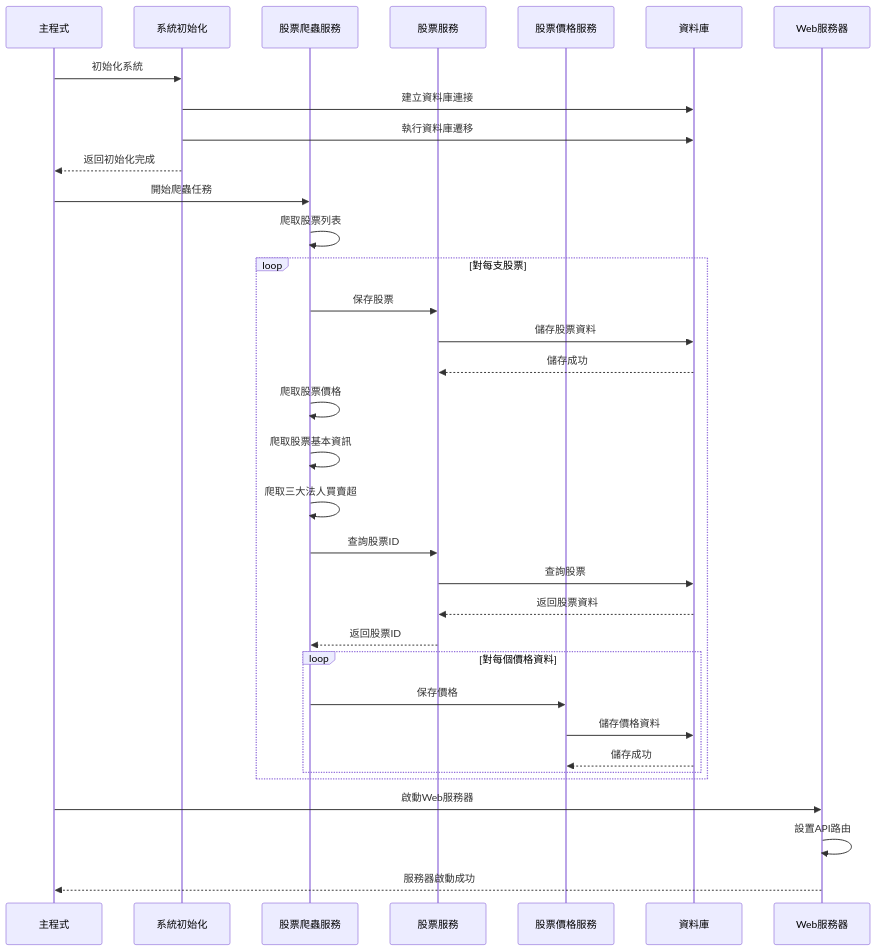
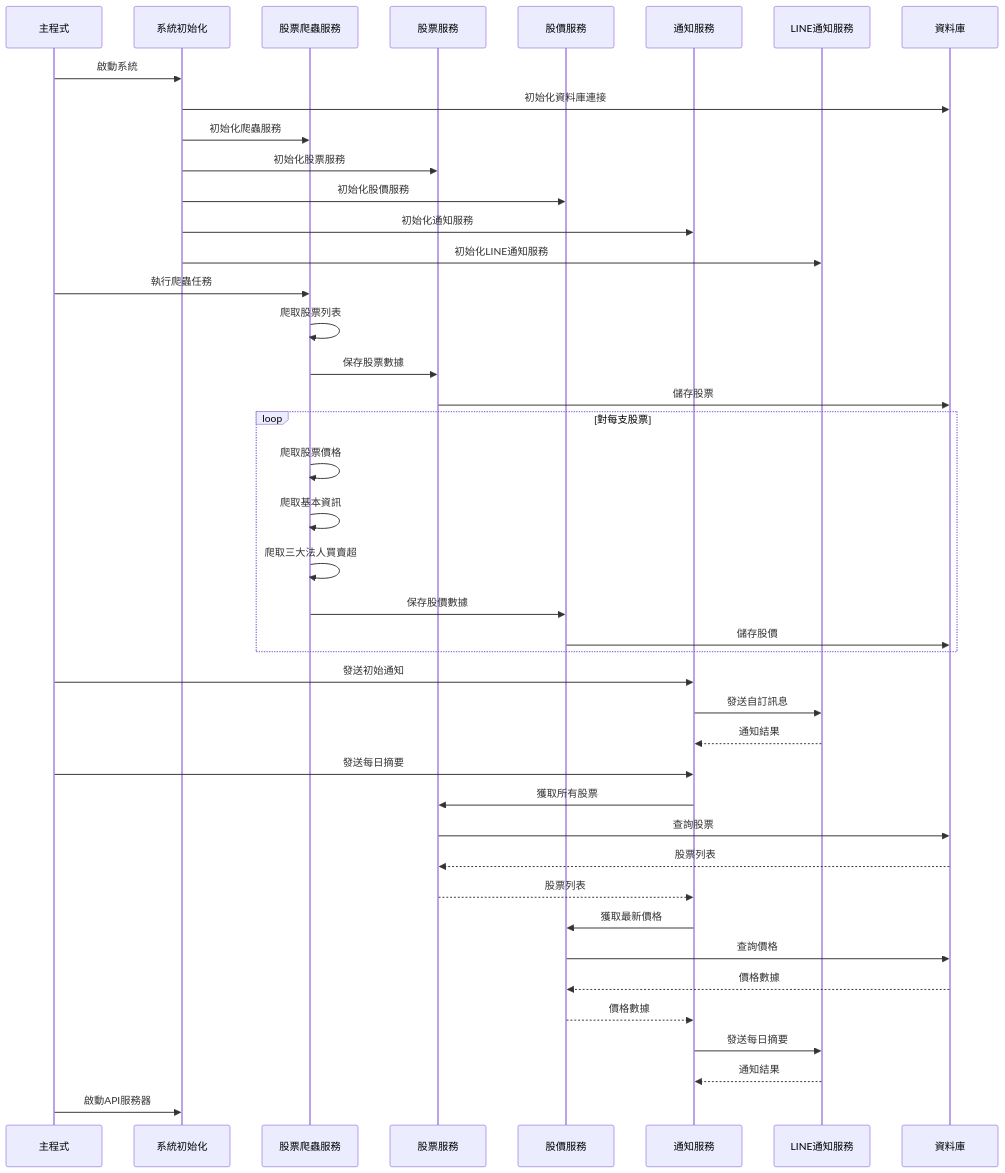
The fourth of 4 diagrams in README.md (atomjay/taiwan-stocks-crawler), drawn with Mermaid before and after one commit. The commit also changed other lines of this file, not shown here.

````diff
--- a/README.md
+++ b/README.md
@@ -252,43 +277,50 @@
 ```mermaid
 sequenceDiagram
     participant Main as 主程式
     participant System as 系統初始化
     participant Crawler as 股票爬蟲服務
     participant StockSvc as 股票服務
-    participant PriceSvc as 股票價格服務
+    participant PriceSvc as 股價服務
+    participant NotifSvc as 通知服務
+    participant LineNotif as LINE通知服務
     participant DB as 資料庫
-    participant Web as Web服務器
     
-    Main->>System: 初始化系統
-    System->>DB: 建立資料庫連接
-    System->>DB: 執行資料庫遷移
-    System-->>Main: 返回初始化完成
+    Main->>System: 啟動系統
+    System->>DB: 初始化資料庫連接
+    System->>Crawler: 初始化爬蟲服務
+    System->>StockSvc: 初始化股票服務
+    System->>PriceSvc: 初始化股價服務
+    System->>NotifSvc: 初始化通知服務
+    System->>LineNotif: 初始化LINE通知服務
     
-    Main->>Crawler: 開始爬蟲任務
+    Main->>Crawler: 執行爬蟲任務
     Crawler->>Crawler: 爬取股票列表
+    Crawler->>StockSvc: 保存股票數據
+    StockSvc->>DB: 儲存股票
     
     loop 對每支股票
-        Crawler->>StockSvc: 保存股票
-        StockSvc->>DB: 儲存股票資料
-        DB-->>StockSvc: 儲存成功
-        
         Crawler->>Crawler: 爬取股票價格
-        Crawler->>Crawler: 爬取股票基本資訊
+        Crawler->>Crawler: 爬取基本資訊
         Crawler->>Crawler: 爬取三大法人買賣超
-        
-        Crawler->>StockSvc: 查詢股票ID
-        StockSvc->>DB: 查詢股票
-        DB-->>StockSvc: 返回股票資料
-        StockSvc-->>Crawler: 返回股票ID
-        
-        loop 對每個價格資料
-            Crawler->>PriceSvc: 保存價格
-            PriceSvc->>DB: 儲存價格資料
-            DB-->>PriceSvc: 儲存成功
-        end
+        Crawler->>PriceSvc: 保存股價數據
+        PriceSvc->>DB: 儲存股價
     end
     
-    Main->>Web: 啟動Web服務器
-    Web->>Web: 設置API路由
-    Web-->>Main: 服務器啟動成功
+    Main->>NotifSvc: 發送初始通知
+    NotifSvc->>LineNotif: 發送自訂訊息
+    LineNotif-->>NotifSvc: 通知結果
+    
+    Main->>NotifSvc: 發送每日摘要
+    NotifSvc->>StockSvc: 獲取所有股票
+    StockSvc->>DB: 查詢股票
+    DB-->>StockSvc: 股票列表
+    StockSvc-->>NotifSvc: 股票列表
+    NotifSvc->>PriceSvc: 獲取最新價格
+    PriceSvc->>DB: 查詢價格
+    DB-->>PriceSvc: 價格數據
+    PriceSvc-->>NotifSvc: 價格數據
+    NotifSvc->>LineNotif: 發送每日摘要
+    LineNotif-->>NotifSvc: 通知結果
+    
+    Main->>System: 啟動API服務器
 ```
````
